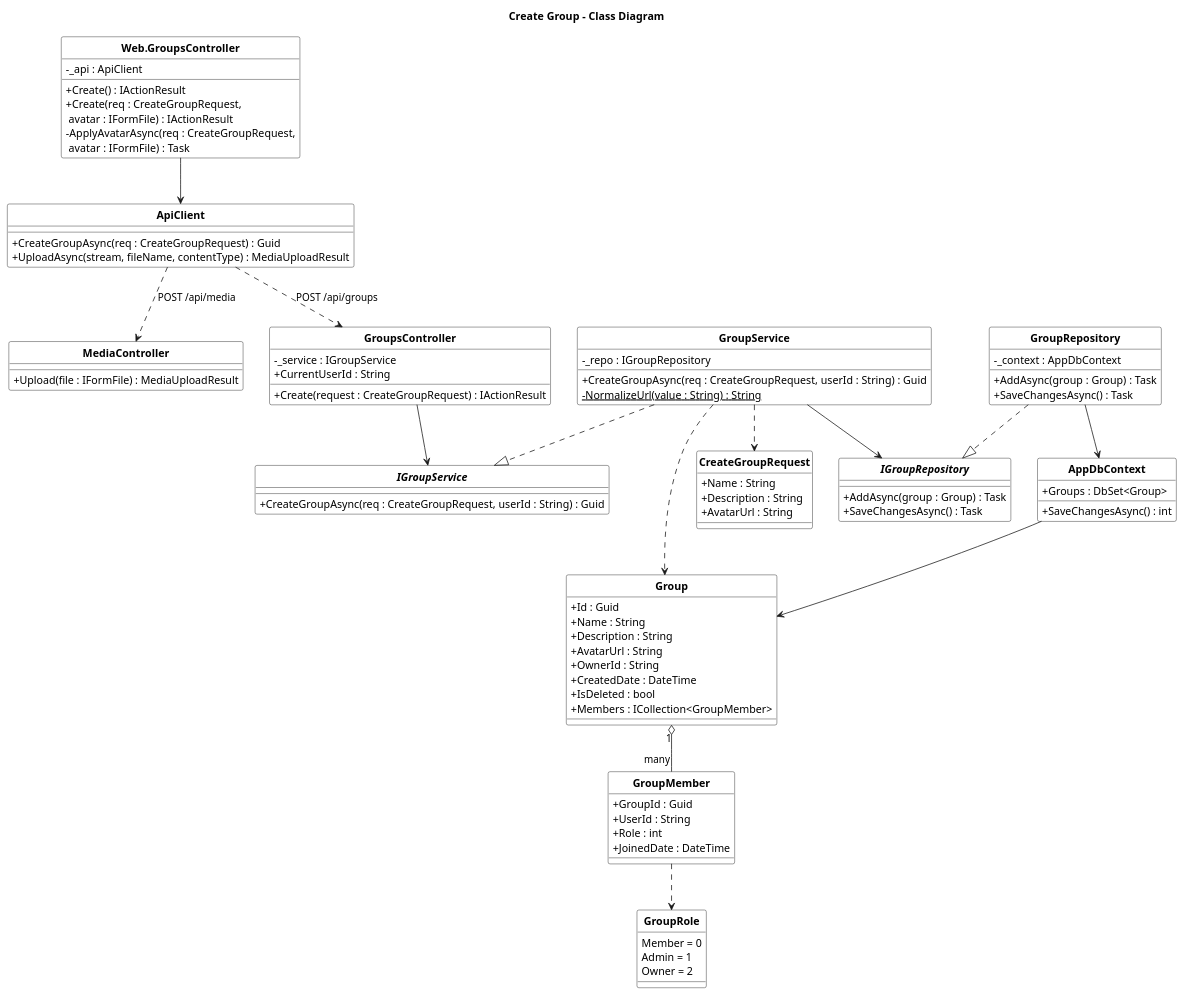
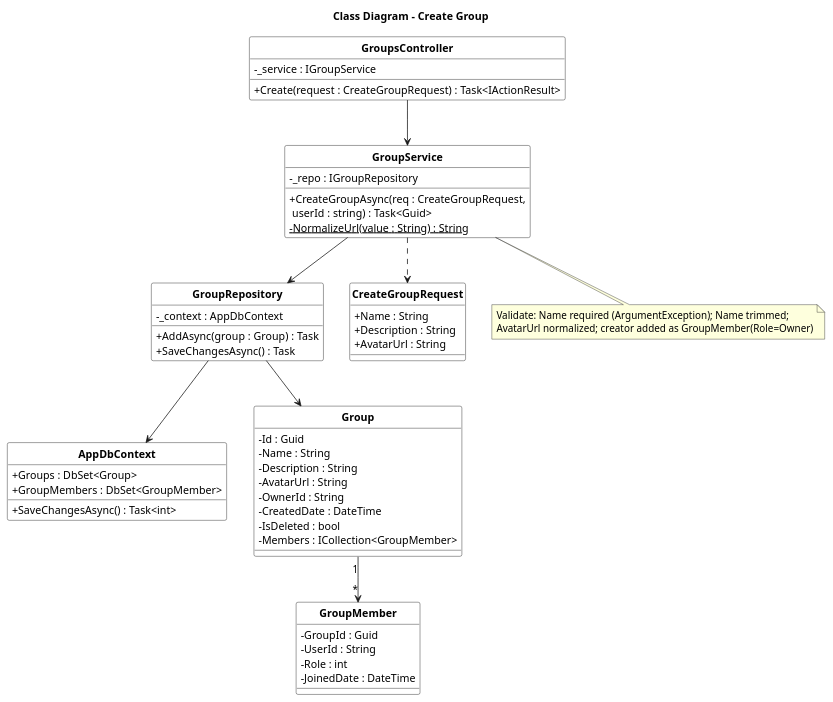
One commit to HKDuy23114/minisocial changed the diagram in docs/diagrams/class/class_group_create.puml. Above: the diagram before and after it, drawn with PlantUML. The commit also changed 9 other files, not shown here.

Commit message:
docs: rework group class diagrams to backend-layered per-feature style (match overview); add group feed & post delete

```diff
--- a/docs/diagrams/class/class_group_create.puml
+++ b/docs/diagrams/class/class_group_create.puml
@@ -1,99 +1,70 @@
 @startuml class_group_create
-title Create Group - Class Diagram
 hide circle
 skinparam classAttributeIconSize 0
-skinparam packageStyle rectangle
 skinparam class {
   BackgroundColor white
   BorderColor black
   FontName "Arial"
   FontStyle bold
 }
-
-class "Web.GroupsController" as Web {
-  -_api : ApiClient
-  +Create() : IActionResult
-  +Create(req : CreateGroupRequest,\n avatar : IFormFile) : IActionResult
-  -ApplyAvatarAsync(req : CreateGroupRequest,\n avatar : IFormFile) : Task
-}
-
-class ApiClient {
-  +CreateGroupAsync(req : CreateGroupRequest) : Guid
-  +UploadAsync(stream, fileName, contentType) : MediaUploadResult
-}
-
-class MediaController {
-  +Upload(file : IFormFile) : MediaUploadResult
-}
+title Class Diagram - Create Group
 
 class GroupsController {
   -_service : IGroupService
-  +CurrentUserId : String
-  +Create(request : CreateGroupRequest) : IActionResult
+  +Create(request : CreateGroupRequest) : Task<IActionResult>
 }
 
-interface IGroupService {
-  +CreateGroupAsync(req : CreateGroupRequest, userId : String) : Guid
-}
 class GroupService {
   -_repo : IGroupRepository
-  +CreateGroupAsync(req : CreateGroupRequest, userId : String) : Guid
+  +CreateGroupAsync(req : CreateGroupRequest,\n userId : string) : Task<Guid>
   -{static} NormalizeUrl(value : String) : String
 }
 
-interface IGroupRepository {
-  +AddAsync(group : Group) : Task
-  +SaveChangesAsync() : Task
-}
 class GroupRepository {
   -_context : AppDbContext
   +AddAsync(group : Group) : Task
   +SaveChangesAsync() : Task
 }
 
 class AppDbContext {
   +Groups : DbSet<Group>
-  +SaveChangesAsync() : int
+  +GroupMembers : DbSet<GroupMember>
+  +SaveChangesAsync() : Task<int>
+}
+
+class Group {
+  -Id : Guid
+  -Name : String
+  -Description : String
+  -AvatarUrl : String
+  -OwnerId : String
+  -CreatedDate : DateTime
+  -IsDeleted : bool
+  -Members : ICollection<GroupMember>
+}
+
+class GroupMember {
+  -GroupId : Guid
+  -UserId : String
+  -Role : int
+  -JoinedDate : DateTime
 }
 
 class CreateGroupRequest {
   +Name : String
   +Description : String
   +AvatarUrl : String
 }
-class Group {
-  +Id : Guid
-  +Name : String
-  +Description : String
-  +AvatarUrl : String
-  +OwnerId : String
-  +CreatedDate : DateTime
-  +IsDeleted : bool
-  +Members : ICollection<GroupMember>
-}
-class GroupMember {
-  +GroupId : Guid
-  +UserId : String
-  +Role : int
-  +JoinedDate : DateTime
-}
-enum GroupRole {
-  Member = 0
-  Admin = 1
-  Owner = 2
-}
 
-Web --> ApiClient
-ApiClient ..> GroupsController : POST /api/groups
-ApiClient ..> MediaController : POST /api/media
-GroupsController --> IGroupService
-GroupService ..|> IGroupService
-GroupService --> IGroupRepository
-GroupRepository ..|> IGroupRepository
+GroupsController --> GroupService
+GroupService --> GroupRepository
 GroupRepository --> AppDbContext
-AppDbContext --> Group
-Group "1" o-- "many" GroupMember
-GroupMember ..> GroupRole
+GroupRepository --> Group
+Group "1" --> "*" GroupMember
 GroupService ..> CreateGroupRequest
-GroupService ..> Group
+
+note bottom of GroupService
+  Validate: Name required (ArgumentException); Name trimmed;
+  AvatarUrl normalized; creator added as GroupMember(Role=Owner)
+end note
 @enduml
```
